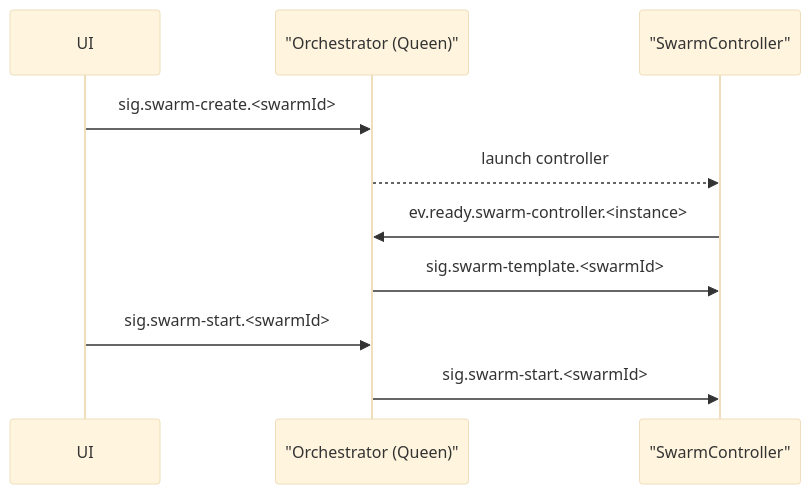
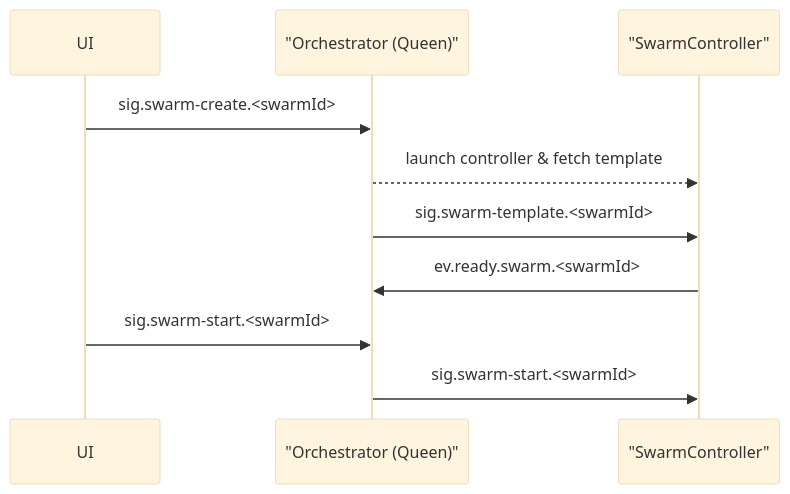
One commit to sepa79/PocketHive changed the diagram in SWARM_CONTROLLER_PLAN.md. Above: the diagram before and after it, drawn with Mermaid (base theme). The commit also changed other lines of this file and 4 other files, not shown here.

````diff
--- a/SWARM_CONTROLLER_PLAN.md
+++ b/SWARM_CONTROLLER_PLAN.md
@@ -22,12 +9,12 @@
 ```mermaid
 sequenceDiagram
   participant UI
   participant QN as "Orchestrator (Queen)"
   participant SC as "SwarmController"
   UI->>QN: sig.swarm-create.<swarmId>
-  QN-->>SC: launch controller
-  SC->>QN: ev.ready.swarm-controller.<instance>
+  QN-->>SC: launch controller & fetch template
   QN->>SC: sig.swarm-template.<swarmId>
+  SC->>QN: ev.ready.swarm.<swarmId>
   UI->>QN: sig.swarm-start.<swarmId>
   QN->>SC: sig.swarm-start.<swarmId>
 ```
````
